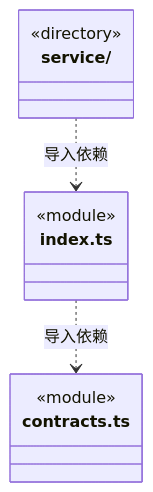
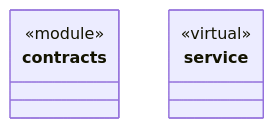
The diagram in src/logic/feedback/ARCHITECTURE.md (nan023062/cbim), drawn with Mermaid before and after one commit. The commit also changed other lines of this file and 158 other files, not shown here.

Commit message:
docs: model architecture through nested virtual encapsulations

````diff
--- a/src/logic/feedback/ARCHITECTURE.md
+++ b/src/logic/feedback/ARCHITECTURE.md
@@ -61,14 +21,11 @@
 ```mermaid
 classDiagram
-class N_src_logic_feedback_service["service/"] {
-  <<directory>>
-}
-class N_src_logic_feedback_contracts_ts["contracts.ts"] {
+class N_5a99d71c9101["contracts"] {
   <<module>>
 }
-class N_src_logic_feedback_index_ts["index.ts"] {
-  <<module>>
+click N_5a99d71c9101 href "contracts.ts"
+class N_42298f81f22c["service"] {
+  <<virtual>>
 }
-N_src_logic_feedback_index_ts ..> N_src_logic_feedback_contracts_ts : 导入依赖
-N_src_logic_feedback_service ..> N_src_logic_feedback_index_ts : 导入依赖
+click N_42298f81f22c href "service/ARCHITECTURE.md"
 ```
````
